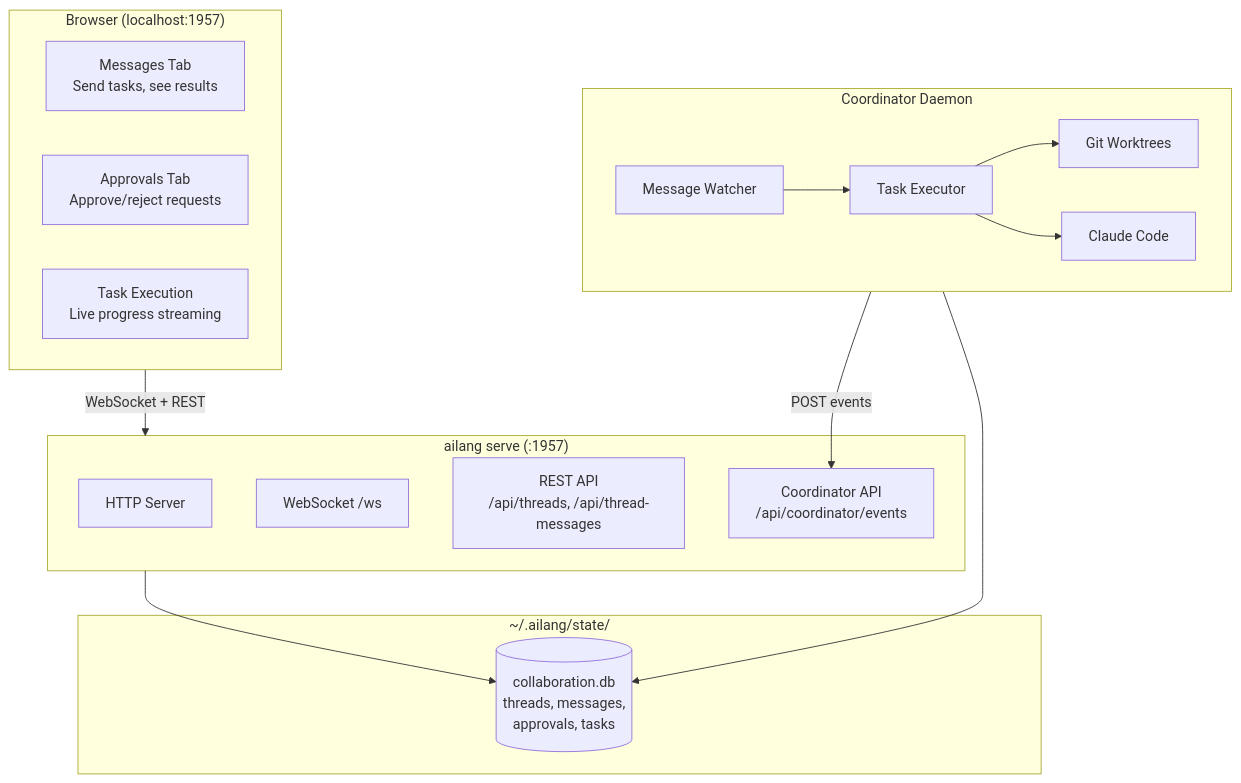
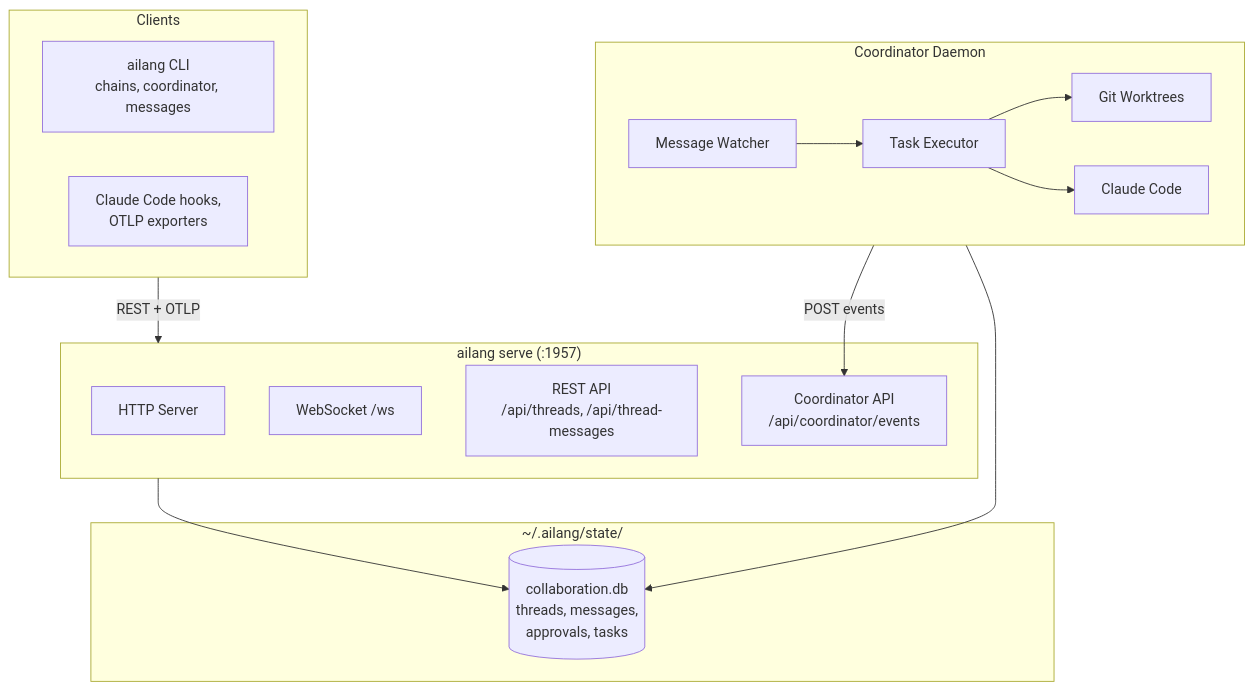
Before and after one commit to sunholo-data/ailang: the diagram in docs/docs/guides/collaboration-hub.md, drawn with Mermaid. The commit also changed other lines of this file and 154 other files, not shown here.

````diff
--- a/docs/docs/guides/collaboration-hub.md
+++ b/docs/docs/guides/collaboration-hub.md
@@ -127,34 +112,33 @@
 ```mermaid
 flowchart TB
-    subgraph Browser["Browser (localhost:1957)"]
-        Messages["Messages Tab<br/>Send tasks, see results"]
-        Approvals["Approvals Tab<br/>Approve/reject requests"]
-        TaskExec["Task Execution<br/>Live progress streaming"]
+    subgraph Clients["Clients"]
+        CLI["ailang CLI<br/>chains, coordinator, messages"]
+        Hooks["Claude Code hooks,<br/>OTLP exporters"]
     end
 
     subgraph Server["ailang serve (:1957)"]
         HTTP["HTTP Server"]
         WS["WebSocket /ws"]
         REST["REST API<br/>/api/threads, /api/thread-messages"]
         CoordAPI["Coordinator API<br/>/api/coordinator/events"]
     end
 
     subgraph Storage["~/.ailang/state/"]
         DB[("collaboration.db<br/>threads, messages,<br/>approvals, tasks")]
     end
 
     subgraph Coordinator["Coordinator Daemon"]
         Watcher["Message Watcher"]
         Executor["Task Executor"]
         Worktrees["Git Worktrees"]
         AI["Claude Code"]
     end
 
-    Browser -->|"WebSocket + REST"| Server
+    Clients -->|"REST + OTLP"| Server
     Server --> DB
     Coordinator -->|"POST events"| CoordAPI
     Coordinator --> DB
     Watcher --> Executor
     Executor --> Worktrees
     Executor --> AI
 ```
````
